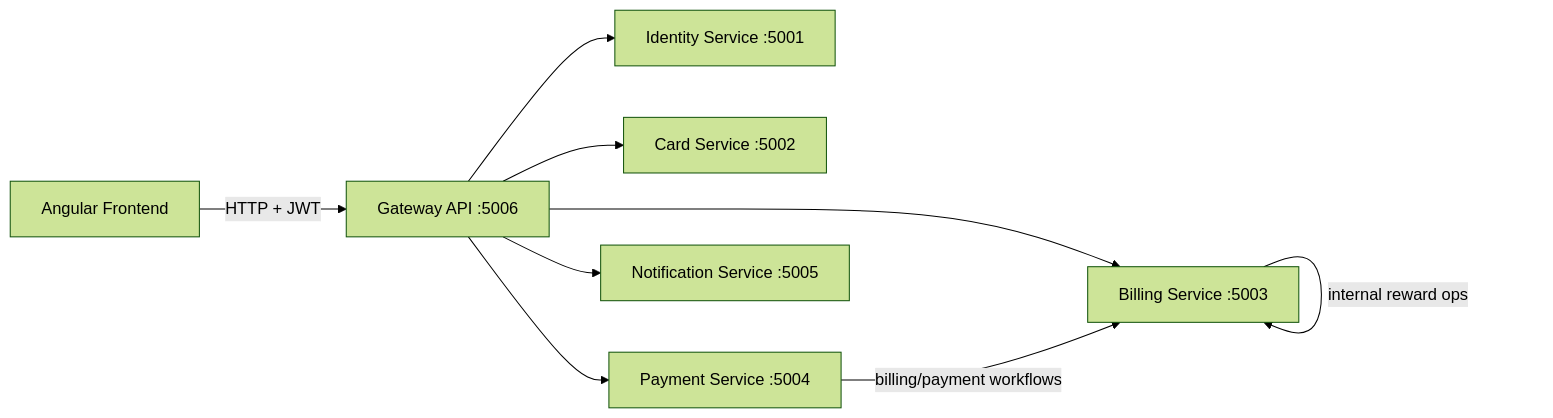
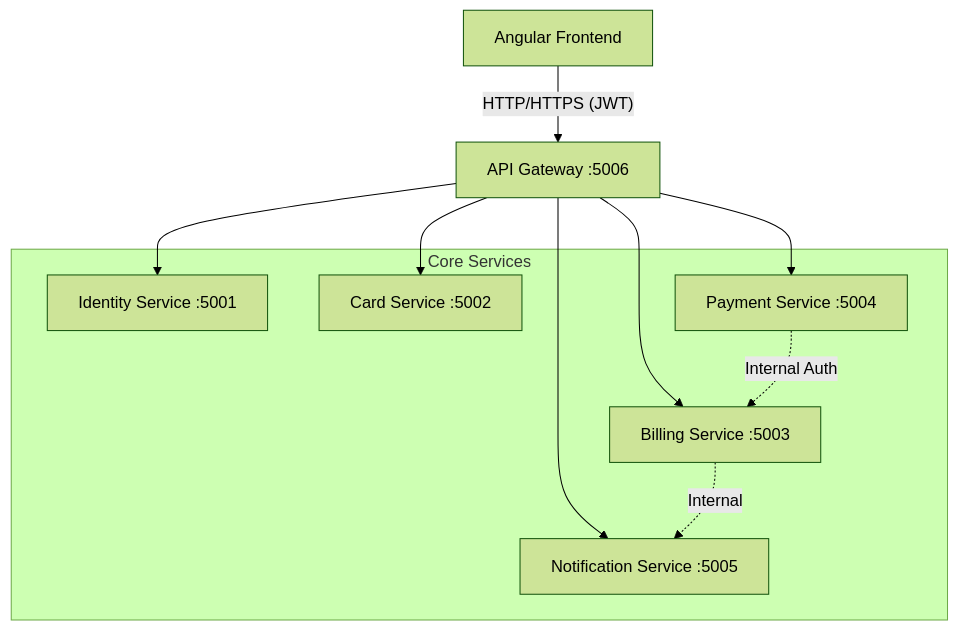
The first of 3 diagrams in src/docs/API-REFERENCE.md (TirtharajBarma/cred-vault), drawn with Mermaid (forest theme) before and after one commit. The commit also changed other lines of this file and 26 other files, not shown here.

````diff
--- a/src/docs/API-REFERENCE.md
+++ b/src/docs/API-REFERENCE.md
@@ -32,13 +11,21 @@
 ```mermaid
-flowchart LR
-    A[Angular Frontend] -->|HTTP + JWT| G[Gateway API :5006]
+flowchart TB
+    Client[Angular Frontend] -- "HTTP/HTTPS (JWT)" --> Gateway[API Gateway :5006]
 
-    G --> I[Identity Service :5001]
-    G --> C[Card Service :5002]
-    G --> B[Billing Service :5003]
-    G --> P[Payment Service :5004]
-    G --> N[Notification Service :5005]
+    subgraph "Core Services"
+        Identity[Identity Service :5001]
+        Card[Card Service :5002]
+        Billing[Billing Service :5003]
+        Payment[Payment Service :5004]
+        Notification[Notification Service :5005]
+    end
 
-    B -->|internal reward ops| B
-    P -->|billing/payment workflows| B
+    Gateway --> Identity
+    Gateway --> Card
+    Gateway --> Billing
+    Gateway --> Payment
+    Gateway --> Notification
+
+    Payment -. "Internal Auth" .-> Billing
+    Billing -. "Internal" .-> Notification
 ```
````
